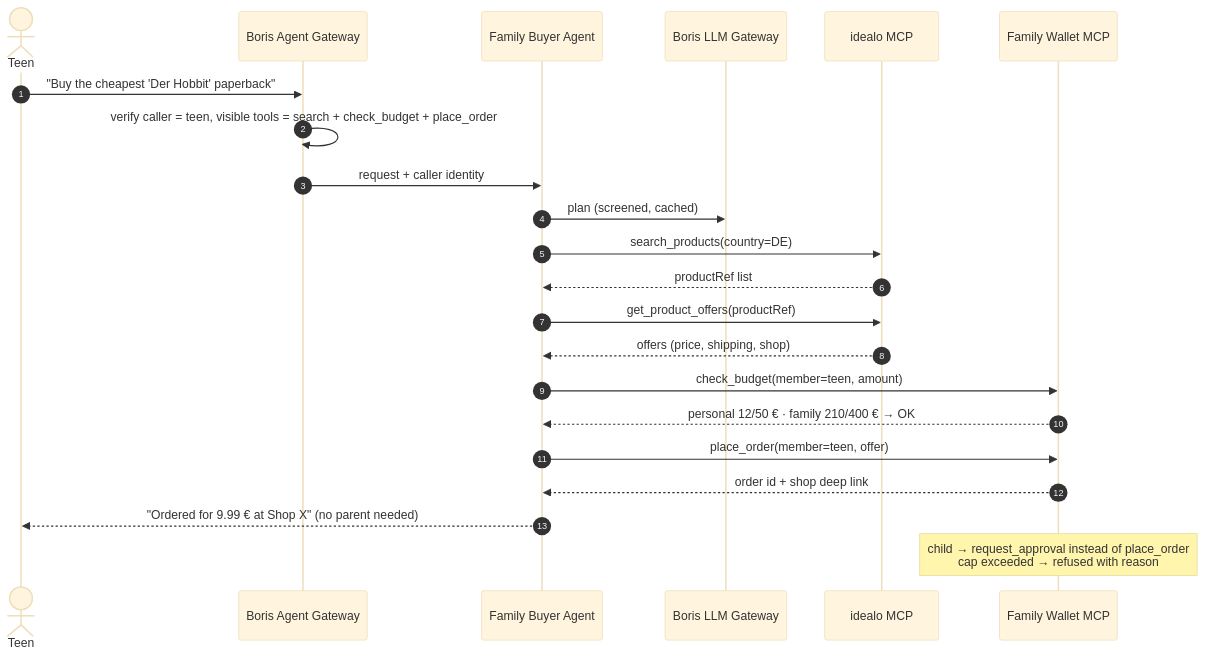
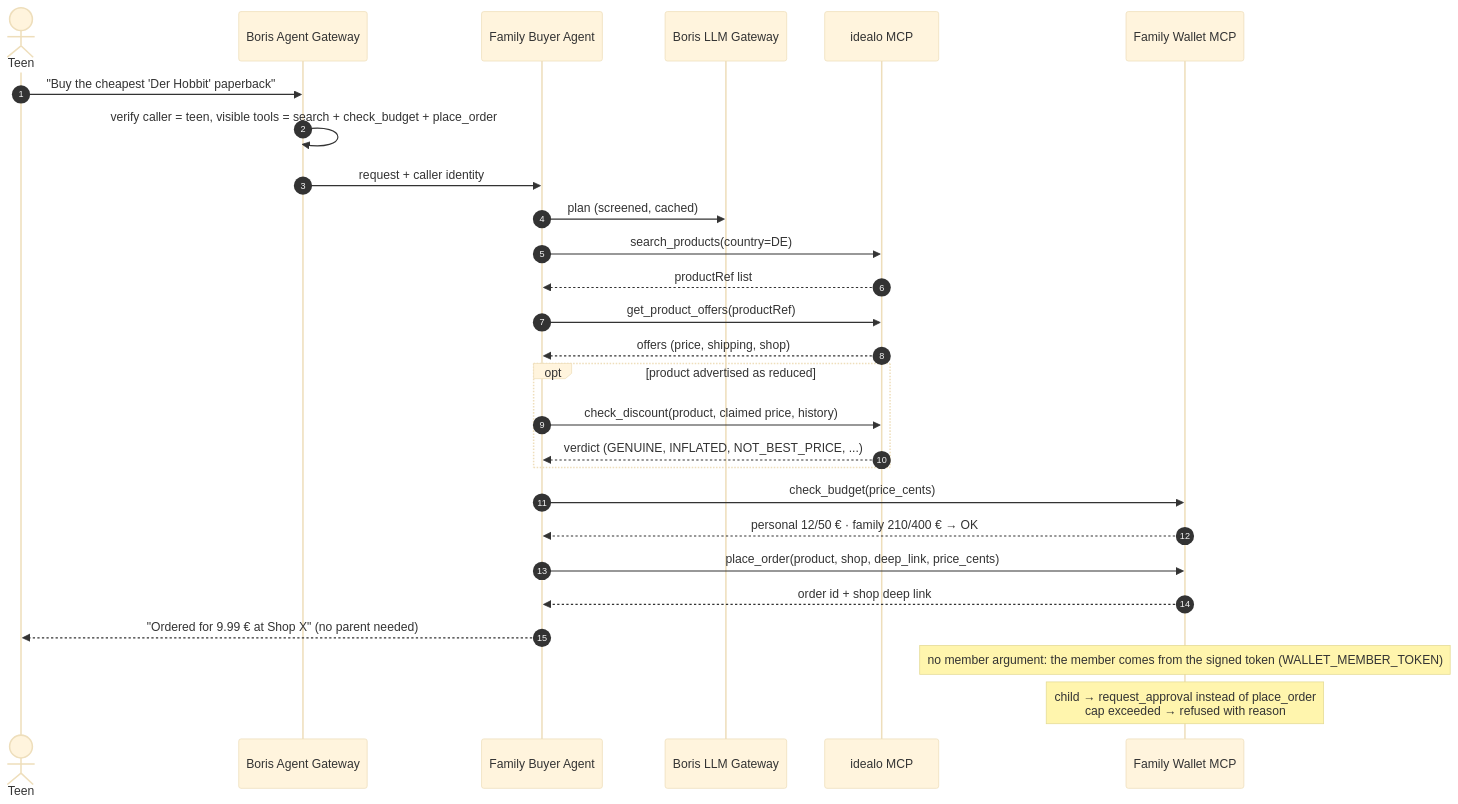
Before and after one commit to mikomeller/12_family_shopper_agent: the diagram in doc/diagrams/purchase_decision_sequence.mmd, drawn with Mermaid (base theme). The commit also changed 14 other files, not shown here.

```diff
--- a/doc/diagrams/purchase_decision_sequence.mmd
+++ b/doc/diagrams/purchase_decision_sequence.mmd
@@ -1,27 +1,32 @@
 %% Author:    mikomeller
-%% Version:   0.1.0
+%% Version:   0.1.1
 %% Filename:  purchase_decision_sequence.mmd
 %% Pathname:  doc/diagrams/purchase_decision_sequence.mmd
 %% Purpose:   Sequence of one purchase: Boris identity + gating, idealo comparison, wallet cap checks
 sequenceDiagram
     autonumber
     actor Teen
     participant GW as Boris Agent Gateway
     participant AG as Family Buyer Agent
     participant LLM as Boris LLM Gateway
     participant ID as idealo MCP
     participant WA as Family Wallet MCP
     Teen->>GW: "Buy the cheapest 'Der Hobbit' paperback"
     GW->>GW: verify caller = teen, visible tools = search + check_budget + place_order
     GW->>AG: request + caller identity
     AG->>LLM: plan (screened, cached)
     AG->>ID: search_products(country=DE)
     ID-->>AG: productRef list
     AG->>ID: get_product_offers(productRef)
     ID-->>AG: offers (price, shipping, shop)
-    AG->>WA: check_budget(member=teen, amount)
+    opt product advertised as reduced
+        AG->>ID: check_discount(product, claimed price, history)
+        ID-->>AG: verdict (GENUINE, INFLATED, NOT_BEST_PRICE, ...)
+    end
+    AG->>WA: check_budget(price_cents)
     WA-->>AG: personal 12/50 € · family 210/400 € → OK
-    AG->>WA: place_order(member=teen, offer)
+    AG->>WA: place_order(product, shop, deep_link, price_cents)
     WA-->>AG: order id + shop deep link
     AG-->>Teen: "Ordered for 9.99 € at Shop X" (no parent needed)
+    Note over WA: no member argument: the member comes from the signed token (WALLET_MEMBER_TOKEN)
     Note over WA: child → request_approval instead of place_order<br/>cap exceeded → refused with reason
```
